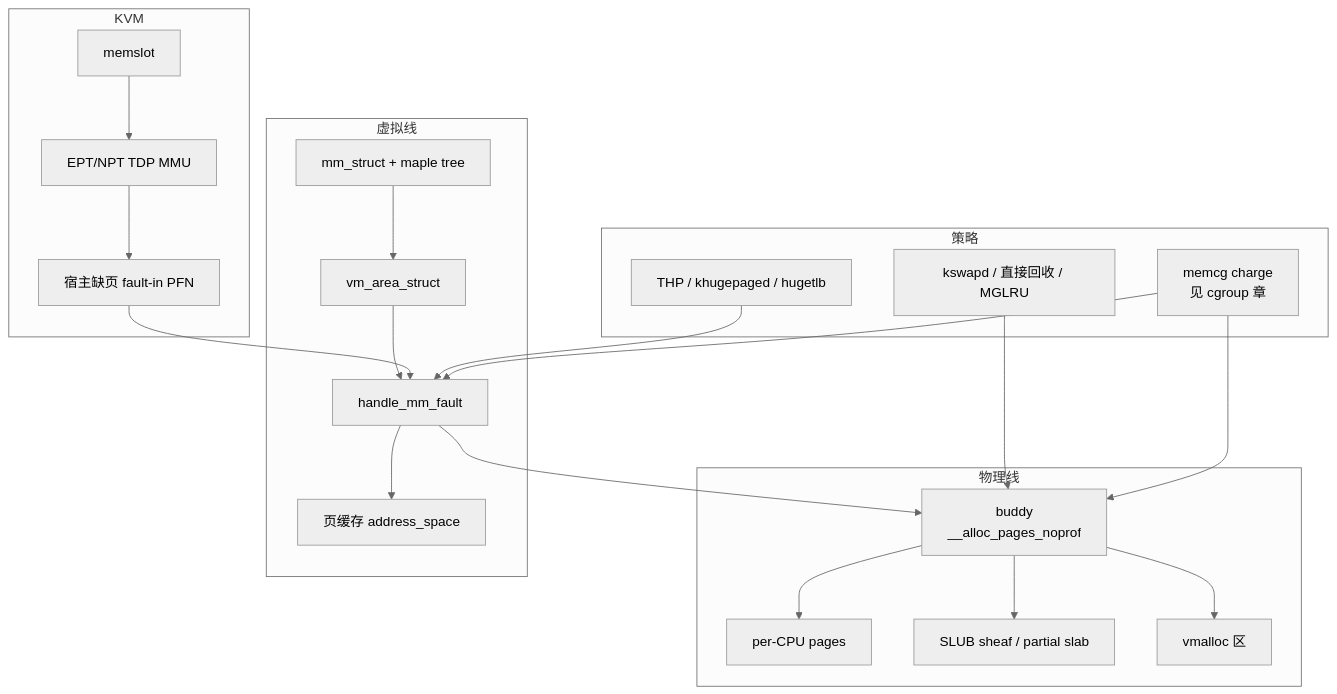
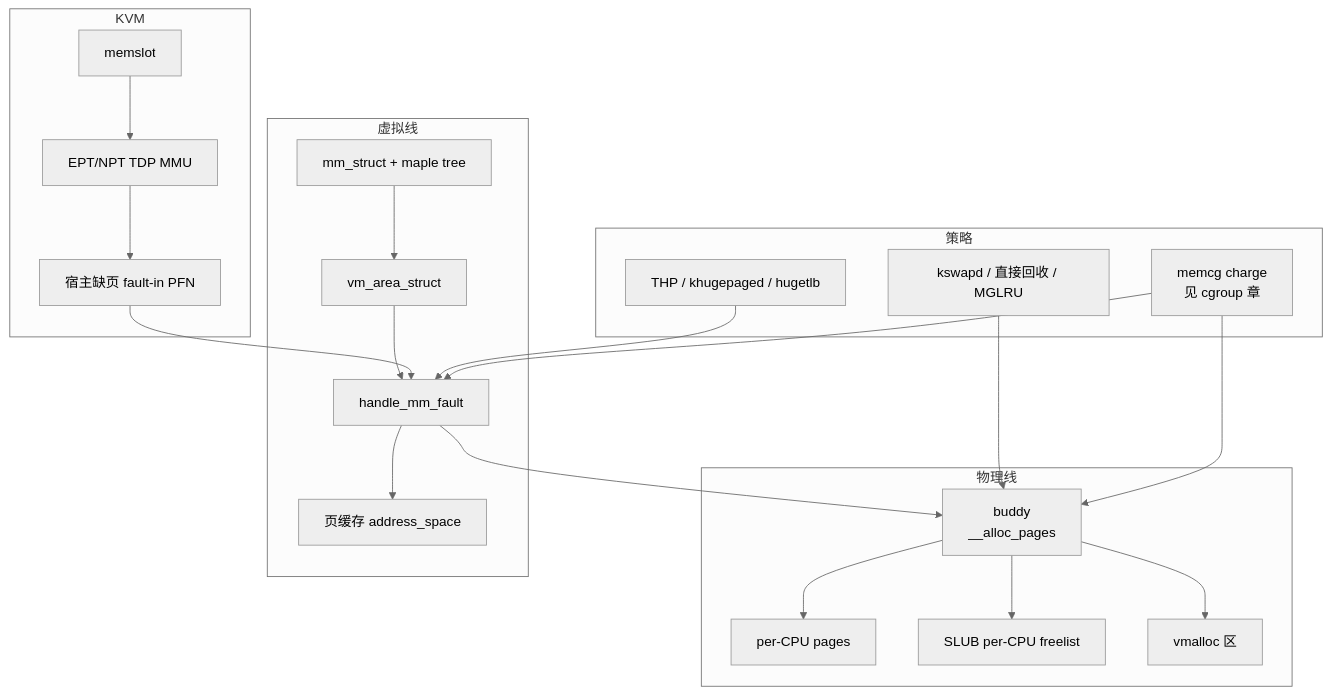
The diagram in memory-management/01-overview.md (jinkkkang/kernel-notes), drawn with Mermaid (neutral theme) before and after one commit. The commit also changed other lines of this file and 36 other files, not shown here.

````diff
--- a/memory-management/01-overview.md
+++ b/memory-management/01-overview.md
@@ -39,40 +47,40 @@
 ```mermaid
 flowchart TD
   subgraph phys [物理线]
-    Buddy["buddy<br/>__alloc_pages_noprof"]
+    Buddy["buddy<br/>__alloc_pages"]
     PCP["per-CPU pages"]
-    SLUB["SLUB sheaf / partial slab"]
+    SLUB["SLUB per-CPU freelist"]
     Vmalloc["vmalloc 区"]
     Buddy --> PCP
     Buddy --> SLUB
     Buddy --> Vmalloc
   end
 
   subgraph virt [虚拟线]
     MM["mm_struct + maple tree"]
     VMA["vm_area_struct"]
     Fault["handle_mm_fault"]
     PC["页缓存 address_space"]
     MM --> VMA --> Fault
     Fault --> PC
     Fault --> Buddy
   end
 
   subgraph pol [策略]
     Reclaim["kswapd / 直接回收 / MGLRU"]
     THP["THP / khugepaged / hugetlb"]
     Memcg["memcg charge<br/>见 cgroup 章"]
   end
 
   subgraph kvm [KVM]
     Slot["memslot"]
     EPT["EPT/NPT TDP MMU"]
     HostFault["宿主缺页 fault-in PFN"]
     Slot --> EPT --> HostFault --> Fault
   end
 
   Reclaim --> Buddy
   THP --> Fault
   Memcg --> Buddy
   Memcg --> Fault
 ```
````
